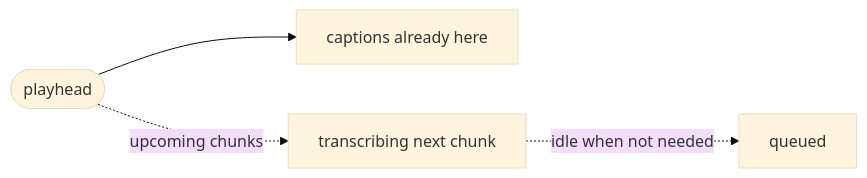
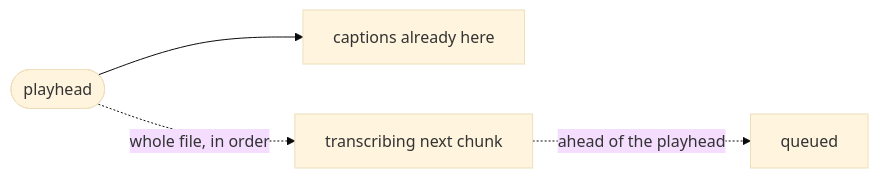
The first of 4 diagrams in README.md (sharathkrml/overhear-subs), drawn with Mermaid (base theme) before and after one commit. The commit also changed other lines of this file and 9 other files, not shown here.

````diff
--- a/README.md
+++ b/README.md
@@ -22,6 +22,6 @@
 ```mermaid
 flowchart LR
     A([playhead]) --> B["captions already here"]
-    A -. "upcoming chunks" .-> C["transcribing next chunk"]
-    C -. "idle when not needed" .-> D["queued"]
+    A -. "whole file, in order" .-> C["transcribing next chunk"]
+    C -. "ahead of the playhead" .-> D["queued"]
 ```
````
